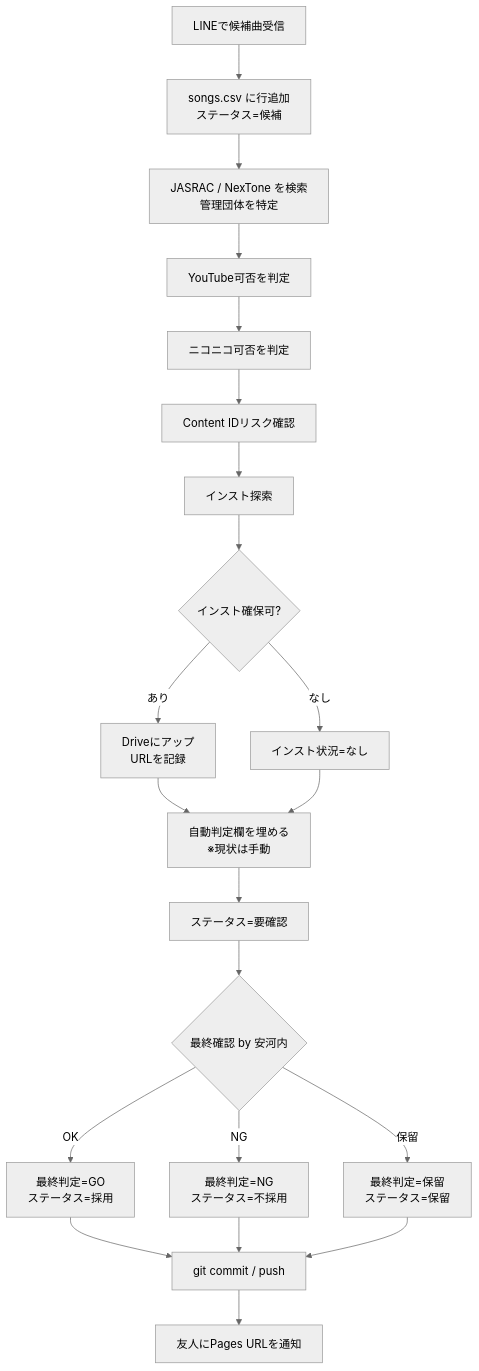
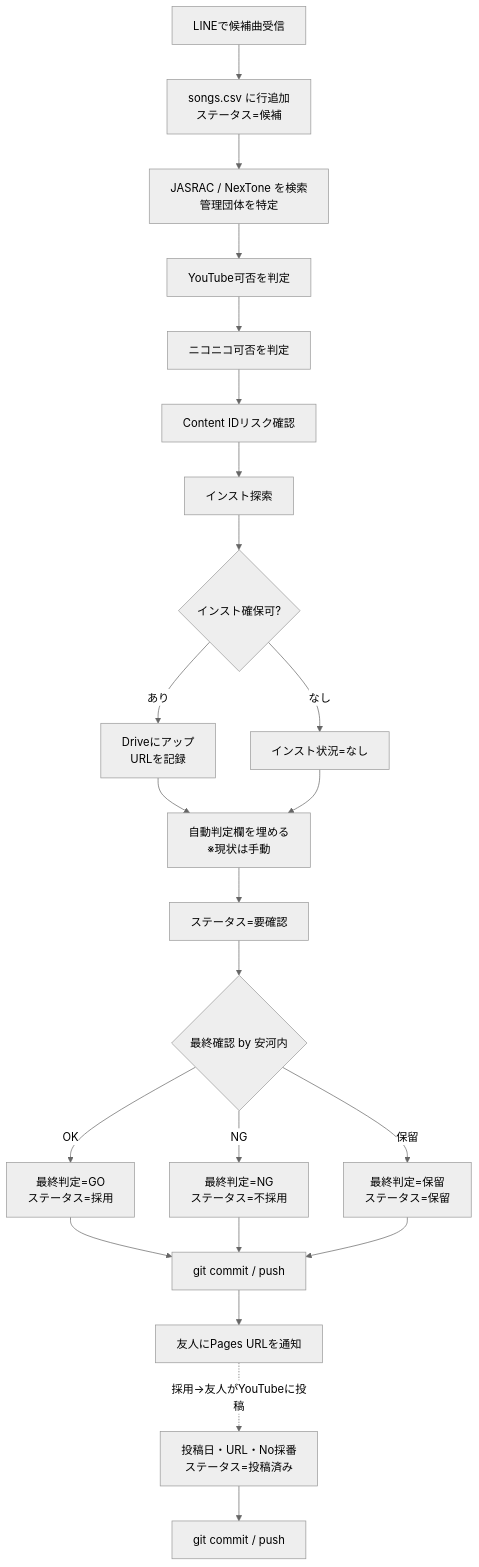
The diagram in docs/workflow.md (makotize-dev/youtube-support), drawn with Mermaid (neutral theme) before and after one commit. The commit also changed other lines of this file and 1 other file, not shown here.

````diff
--- a/docs/workflow.md
+++ b/docs/workflow.md
@@ -38,23 +38,25 @@
 ```mermaid
 flowchart TD
     A[LINEで候補曲受信] --> B[songs.csv に行追加<br/>ステータス=候補]
     B --> C[JASRAC / NexTone を検索<br/>管理団体を特定]
     C --> D[YouTube可否を判定]
     D --> E[ニコニコ可否を判定]
     E --> F[Content IDリスク確認]
     F --> G[インスト探索]
     G --> H{インスト確保可?}
     H -->|あり| I[Driveにアップ<br/>URLを記録]
     H -->|なし| J[インスト状況=なし]
     I --> K[自動判定欄を埋める<br/>※現状は手動]
     J --> K
     K --> L[ステータス=要確認]
     L --> M{最終確認 by 安河内}
     M -->|OK| N[最終判定=GO<br/>ステータス=採用]
     M -->|NG| O[最終判定=NG<br/>ステータス=不採用]
     M -->|保留| P[最終判定=保留<br/>ステータス=保留]
     N --> Q[git commit / push]
     O --> Q
     P --> Q
     Q --> R[友人にPages URLを通知]
+    R -.採用→友人がYouTubeに投稿.-> S[投稿日・URL・No採番<br/>ステータス=投稿済み]
+    S --> T[git commit / push]
 ```
````
